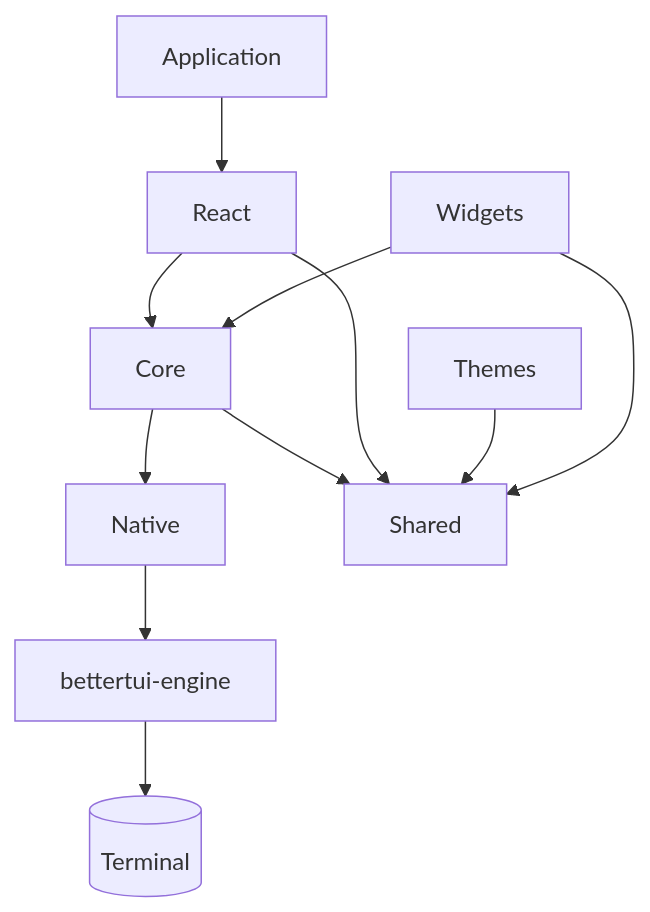
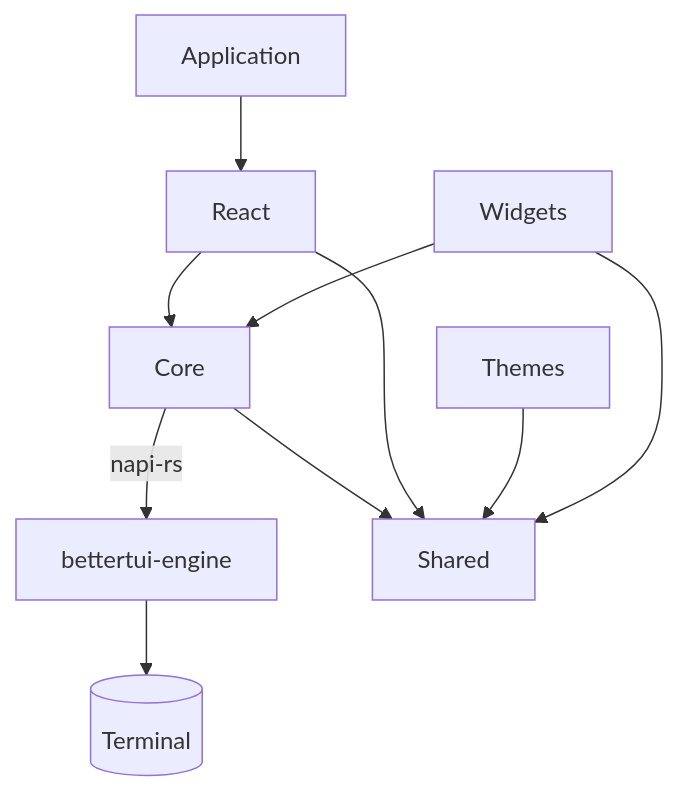
Before and after one commit to localfirstai/bettertui: the fifth of 6 diagrams in docs/architecture/Overview.md, drawn with Mermaid. The commit also changed other lines of this file and 235 other files, not shown here.

First line of the commit message:
refactor: consolidate Rust engine + native bridge into packages/core

````diff
--- a/docs/architecture/Overview.md
+++ b/docs/architecture/Overview.md
@@ -147,13 +142,12 @@
 ```mermaid
 graph TD
     App[Application] --> React
     React --> Core
-    Core --> Native
-    Native --> Engine[bettertui-engine]
+    Core -->|napi-rs| Engine[bettertui-engine]
     Engine --> Terminal[(Terminal)]
     Core --> Shared
     React --> Shared
     Themes --> Shared
     Widgets --> Core
     Widgets --> Shared
 ```
````
